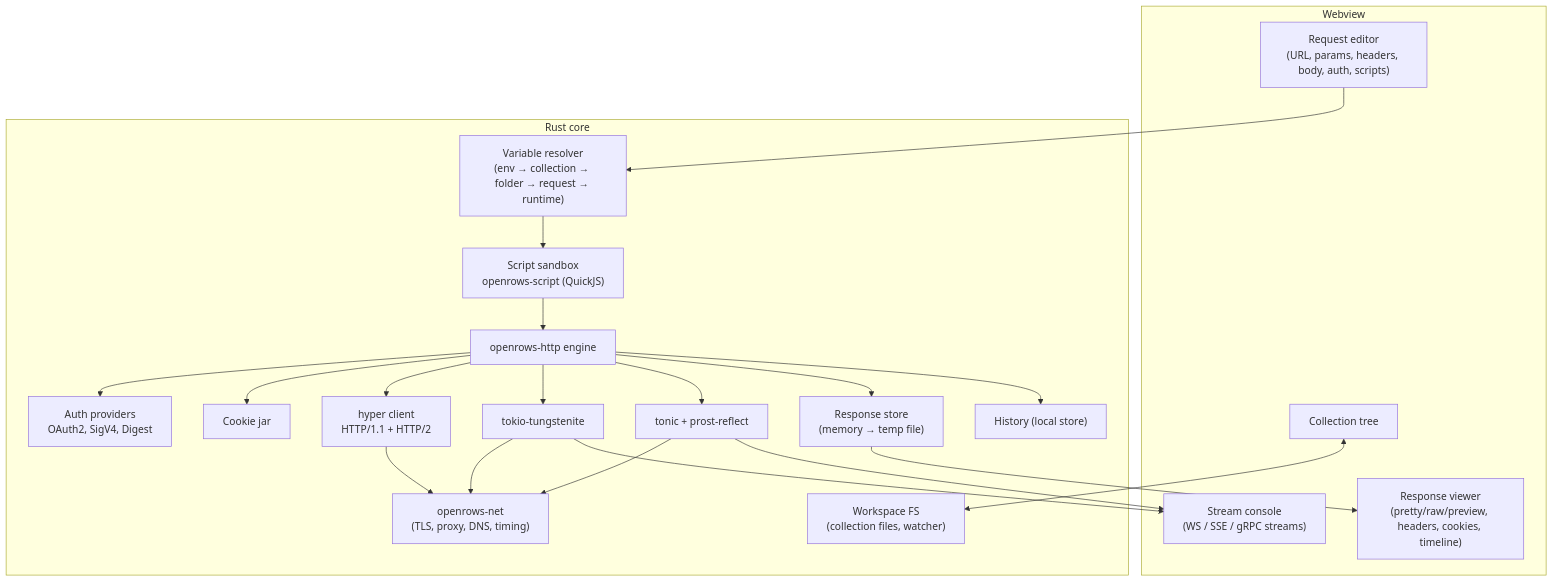
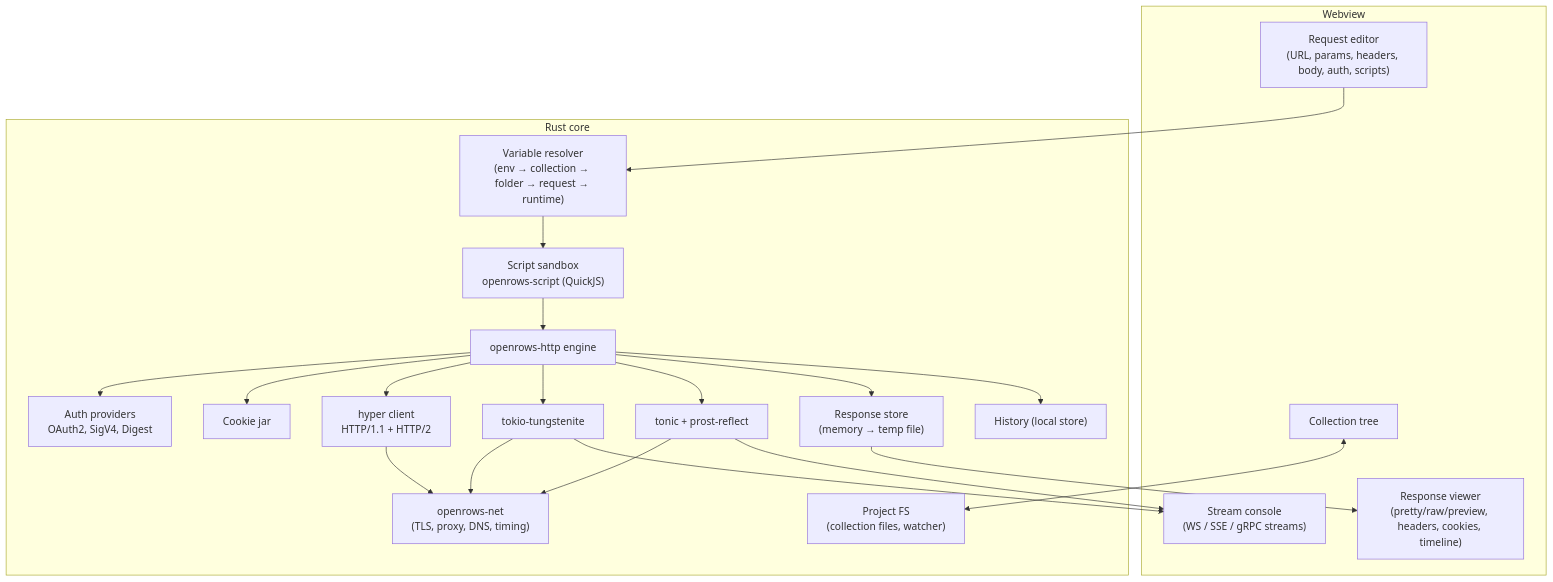
The first of 3 diagrams in docs/11-api-client.md (theetaz/open-rows), drawn with Mermaid before and after one commit. The commit also changed other lines of this file and 112 other files, not shown here.

````diff
--- a/docs/11-api-client.md
+++ b/docs/11-api-client.md
@@ -27,39 +27,39 @@
 ```mermaid
 flowchart TB
     subgraph ui["Webview"]
         reqEd["Request editor<br/>(URL, params, headers, body, auth, scripts)"]
         resV["Response viewer<br/>(pretty/raw/preview, headers, cookies, timeline)"]
         stream["Stream console<br/>(WS / SSE / gRPC streams)"]
         coll["Collection tree"]
     end
     subgraph core["Rust core"]
-        ws["Workspace FS<br/>(collection files, watcher)"]
+        ws["Project FS<br/>(collection files, watcher)"]
         res["Variable resolver<br/>(env → collection → folder → request → runtime)"]
         scr["Script sandbox<br/>openrows-script (QuickJS)"]
         eng["openrows-http engine"]
         h1["hyper client<br/>HTTP/1.1 + HTTP/2"]
         wsk["tokio-tungstenite"]
         grpc["tonic + prost-reflect"]
         auth["Auth providers<br/>OAuth2, SigV4, Digest"]
         jar["Cookie jar"]
         net["openrows-net<br/>(TLS, proxy, DNS, timing)"]
         store["Response store<br/>(memory → temp file)"]
         hist["History (local store)"]
     end
     coll <--> ws
     reqEd --> res
     res --> scr
     scr --> eng
     eng --> auth
     eng --> jar
     eng --> h1
     eng --> wsk
     eng --> grpc
     h1 --> net
     wsk --> net
     grpc --> net
     eng --> store --> resV
     eng --> hist
     wsk --> stream
     grpc --> stream
 ```
````
